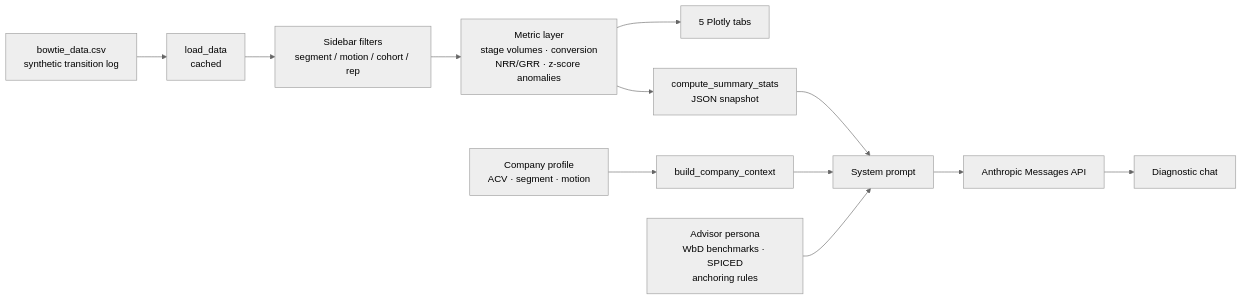
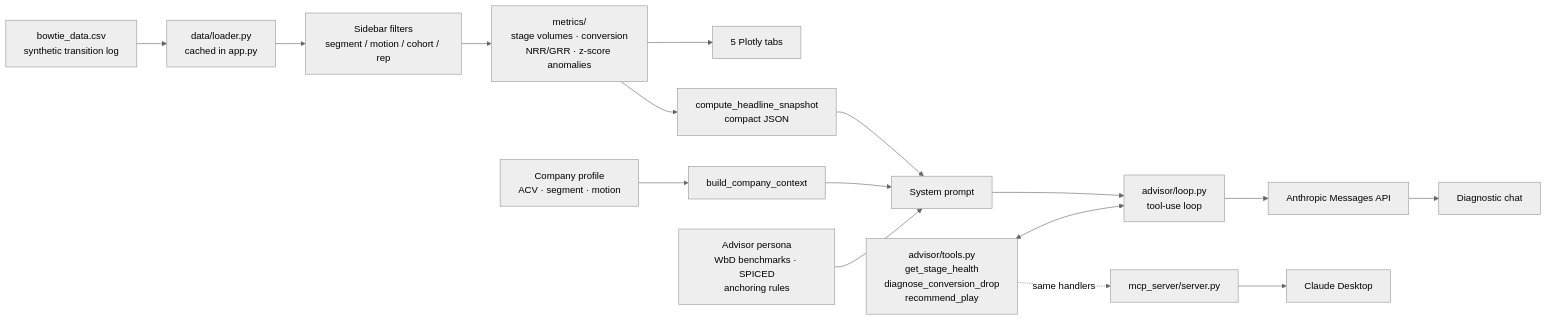
The diagram in README.md (tom-norton/gtm-health-diagnostic), drawn with Mermaid (neutral theme) before and after one commit. The commit also changed other lines of this file and 27 other files, not shown here.

First line of the commit message:
Phase 3: real tool-calling, standalone MCP server, modular codebase

````diff
--- a/README.md
+++ b/README.md
@@ -31,14 +54,18 @@
 ```mermaid
 flowchart LR
-    CSV[bowtie_data.csv<br/>synthetic transition log] --> LOAD[load_data<br/>cached]
+    CSV[bowtie_data.csv<br/>synthetic transition log] --> LOAD[data/loader.py<br/>cached in app.py]
     LOAD --> FILTER[Sidebar filters<br/>segment / motion / cohort / rep]
-    FILTER --> METRICS[Metric layer<br/>stage volumes · conversion<br/>NRR/GRR · z-score anomalies]
+    FILTER --> METRICS[metrics/<br/>stage volumes · conversion<br/>NRR/GRR · z-score anomalies]
     METRICS --> TABS[5 Plotly tabs]
-    METRICS --> SNAP[compute_summary_stats<br/>JSON snapshot]
+    METRICS --> SNAP[compute_headline_snapshot<br/>compact JSON]
     PROFILE[Company profile<br/>ACV · segment · motion] --> CTX[build_company_context]
     SNAP --> SYS[System prompt]
     CTX --> SYS
     PERSONA[Advisor persona<br/>WbD benchmarks · SPICED<br/>anchoring rules] --> SYS
-    SYS --> API[Anthropic Messages API]
+    SYS --> LOOP[advisor/loop.py<br/>tool-use loop]
+    TOOLS[advisor/tools.py<br/>get_stage_health<br/>diagnose_conversion_drop<br/>recommend_play] <--> LOOP
+    LOOP --> API[Anthropic Messages API]
     API --> CHAT[Diagnostic chat]
+    TOOLS -.same handlers.-> MCP[mcp_server/server.py]
+    MCP --> DESKTOP[Claude Desktop]
 ```
````
